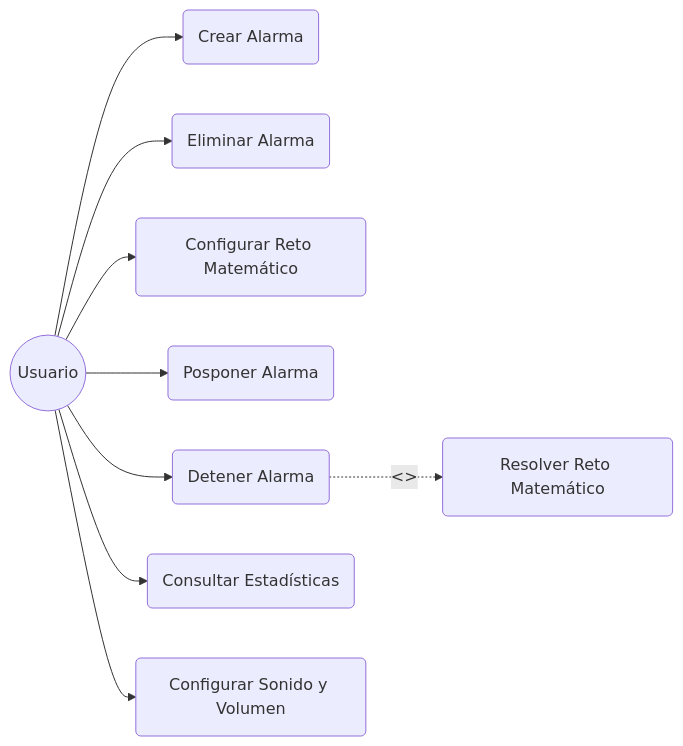
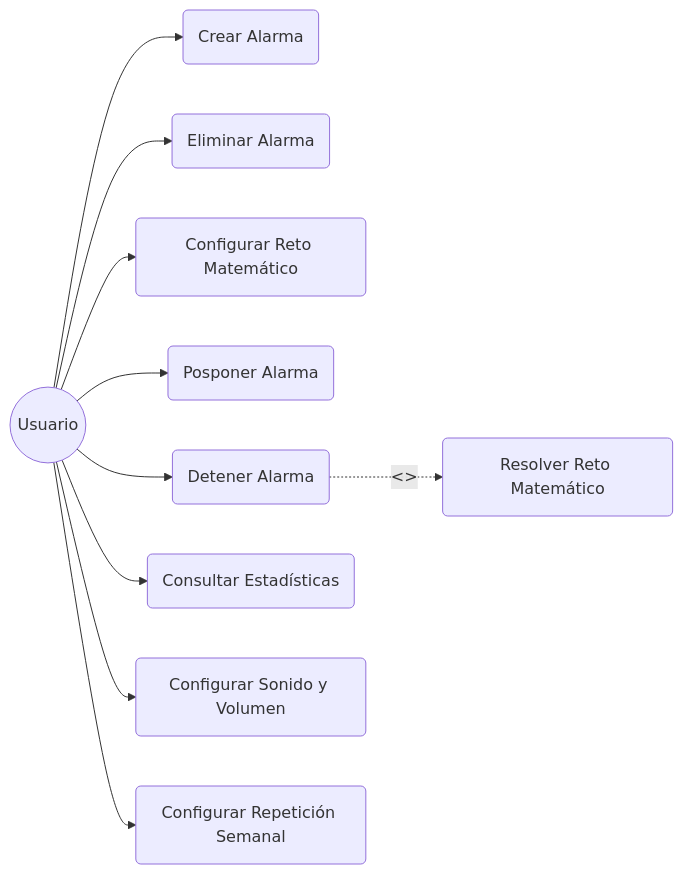
Before and after one commit to adrianenglish2021-oss/TrabajoFinalEntornos: the second of 2 diagrams in README.md, drawn with Mermaid. The commit also changed other lines of this file and 9 other files, not shown here.

````diff
--- a/README.md
+++ b/README.md
@@ -94,23 +103,25 @@
 ```mermaid
 graph LR
     U((Usuario))
     
     A(Crear Alarma)
     B(Eliminar Alarma)
     C(Configurar Reto Matemático)
     D(Posponer Alarma)
     E(Detener Alarma)
     F(Consultar Estadísticas)
     G(Resolver Reto Matemático)
     H(Configurar Sonido y Volumen)
+    I(Configurar Repetición Semanal)
 
     U --> A
     U --> B
     U --> C
     U --> D
     U --> E
     U --> F
     U --> H
+    U --> I
 
     E -.->|<<extend>>| G
 ```
````
